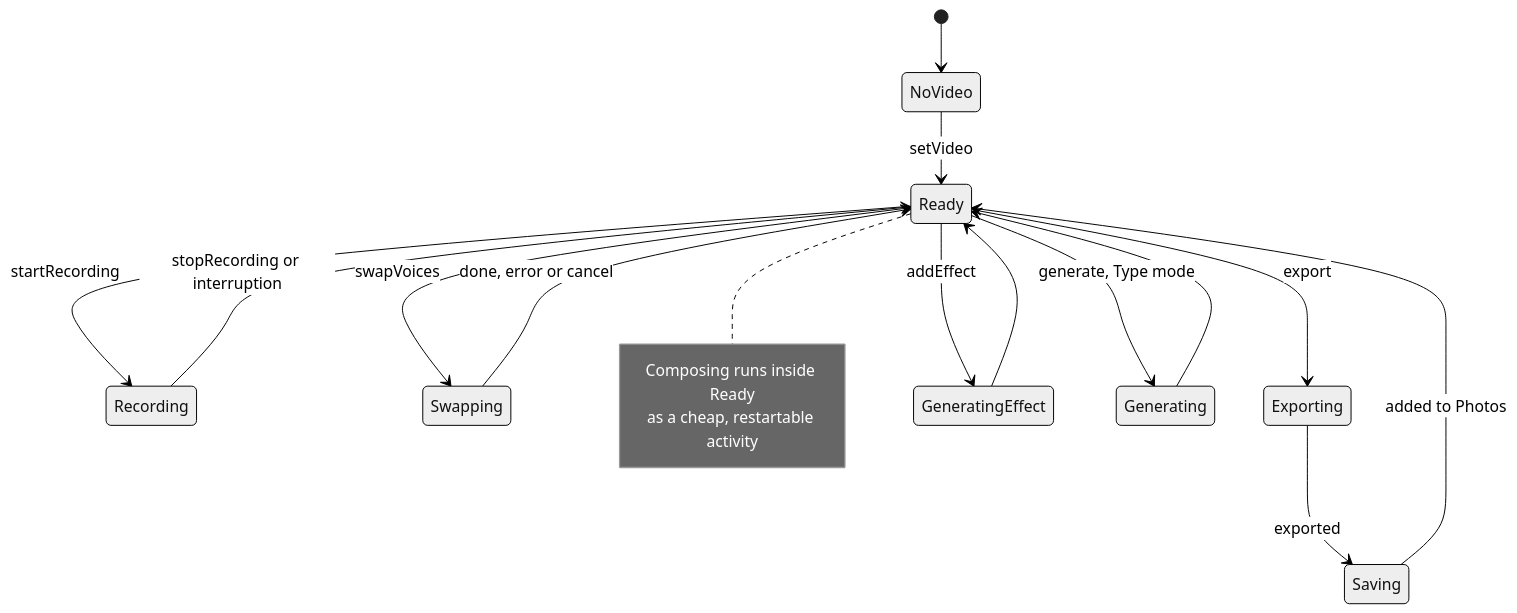
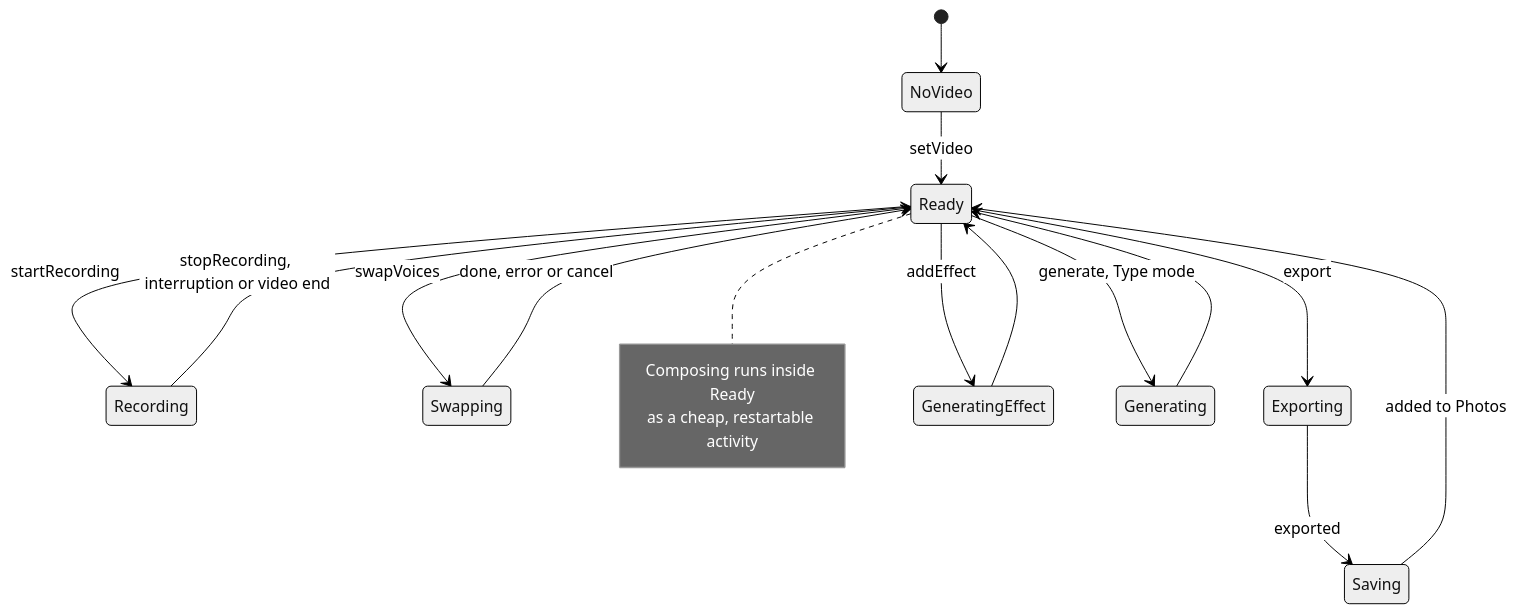
One commit to yvelkoa/VoiceoverStudio changed the fourth of 5 diagrams in docs/architecture.md. Above: the diagram before and after it, drawn with Mermaid (neutral theme). The commit also changed other lines of this file and 8 other files, not shown here.

First line of the commit message:
Stop recording at the end of the video

````diff
--- a/docs/architecture.md
+++ b/docs/architecture.md
@@ -162,20 +162,20 @@
 ```mermaid
 stateDiagram-v2
     [*] --> NoVideo
     NoVideo --> Ready: setVideo
     Ready --> Recording: startRecording
-    Recording --> Ready: stopRecording or interruption
+    Recording --> Ready: stopRecording, interruption or video end
     Ready --> Swapping: swapVoices
     Swapping --> Ready: done, error or cancel
     Ready --> Exporting: export
     Exporting --> Saving: exported
     Saving --> Ready: added to Photos
     Ready --> GeneratingEffect: addEffect
     GeneratingEffect --> Ready
     Ready --> Generating: generate, Type mode
     Generating --> Ready
     note right of Ready
         Composing runs inside Ready
         as a cheap, restartable activity
     end note
 ```
````
